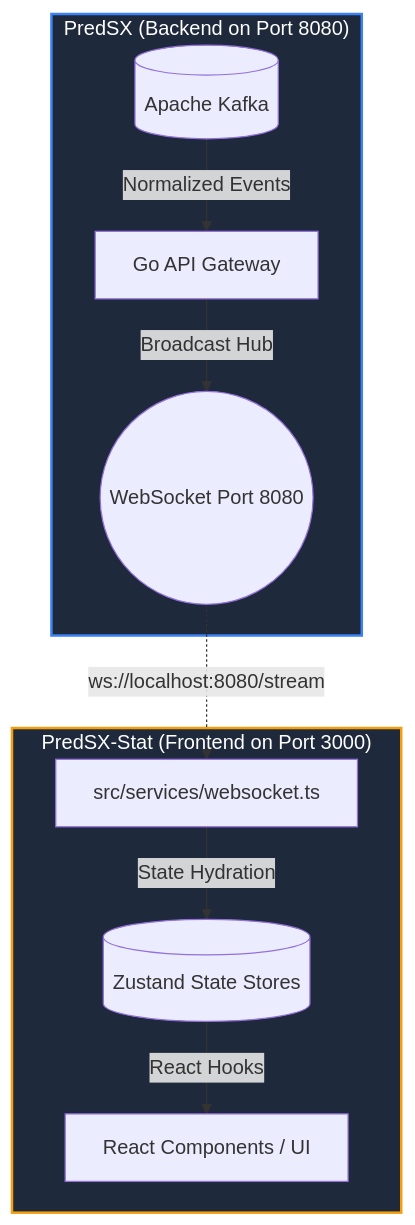
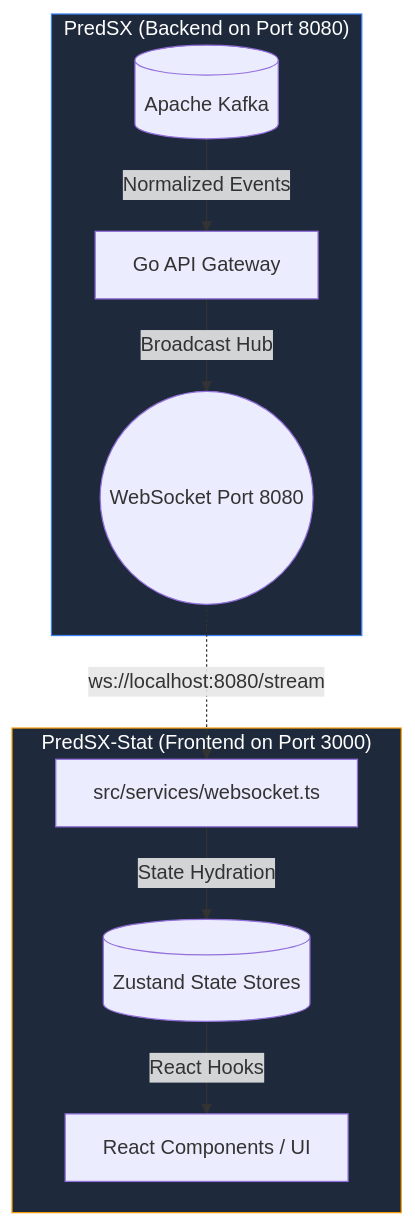
The diagram in README.md (PredictionStreammingExchange-PredSX/PredSX-Stat), drawn with Mermaid before and after one commit.

Commit message:
Adjust stroke-width for Mermaid graph styles

````diff
--- a/README.md
+++ b/README.md
@@ -17,19 +17,19 @@
 ```mermaid
 graph TD
     subgraph MainRepo ["PredSX (Backend on Port 8080)"]
-        style MainRepo fill:#1e293b,stroke:#3b82f6,stroke-width:2px,color:#fff
+        style MainRepo fill:#1e293b,stroke:#3b82f6,stroke-width:1px,color:#fff
         A[("Apache Kafka")] -->|Normalized Events| B["Go API Gateway"]
         B -->|Broadcast Hub| C(("WebSocket Port 8080"))
     end
 
     subgraph FrontendRepo ["PredSX-Stat (Frontend on Port 3000)"]
-        style FrontendRepo fill:#1e293b,stroke:#f59e0b,stroke-width:2px,color:#fff
+        style FrontendRepo fill:#1e293b,stroke:#f59e0b,stroke-width:1px,color:#fff
         D["src/services/websocket.ts"]
         E[("Zustand State Stores")]
         F["React Components / UI"]
         D -->|State Hydration| E
         E -->|React Hooks| F
     end
 
     C -.->|ws://localhost:8080/stream| D
 ```
````
